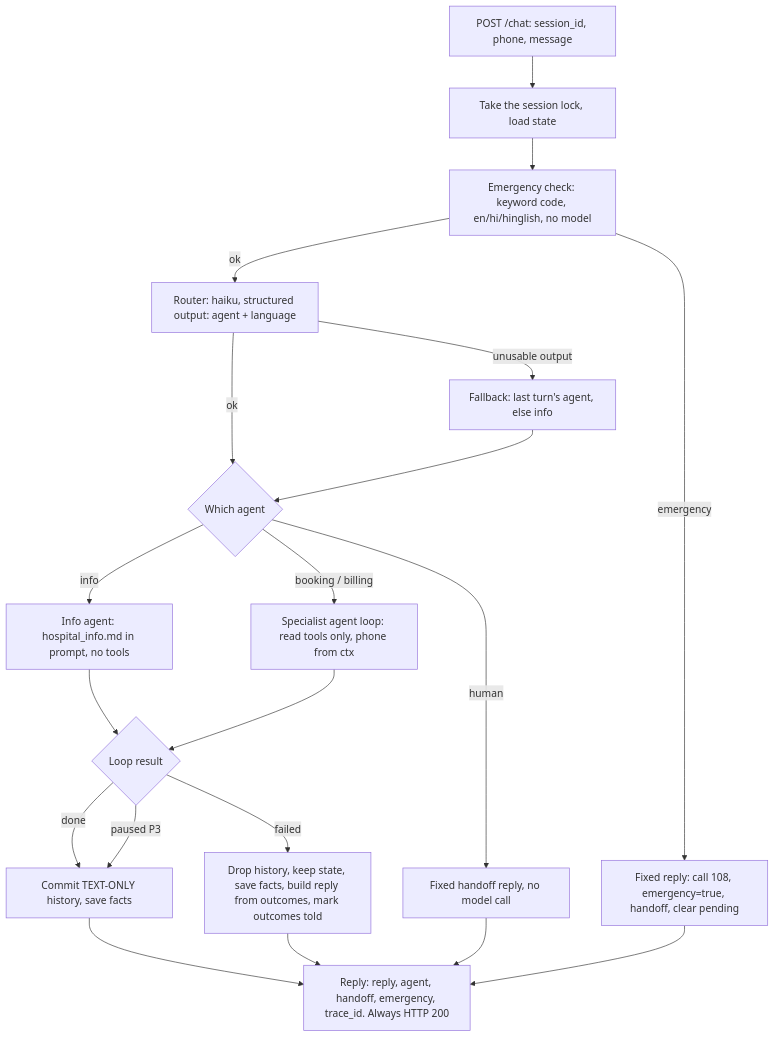
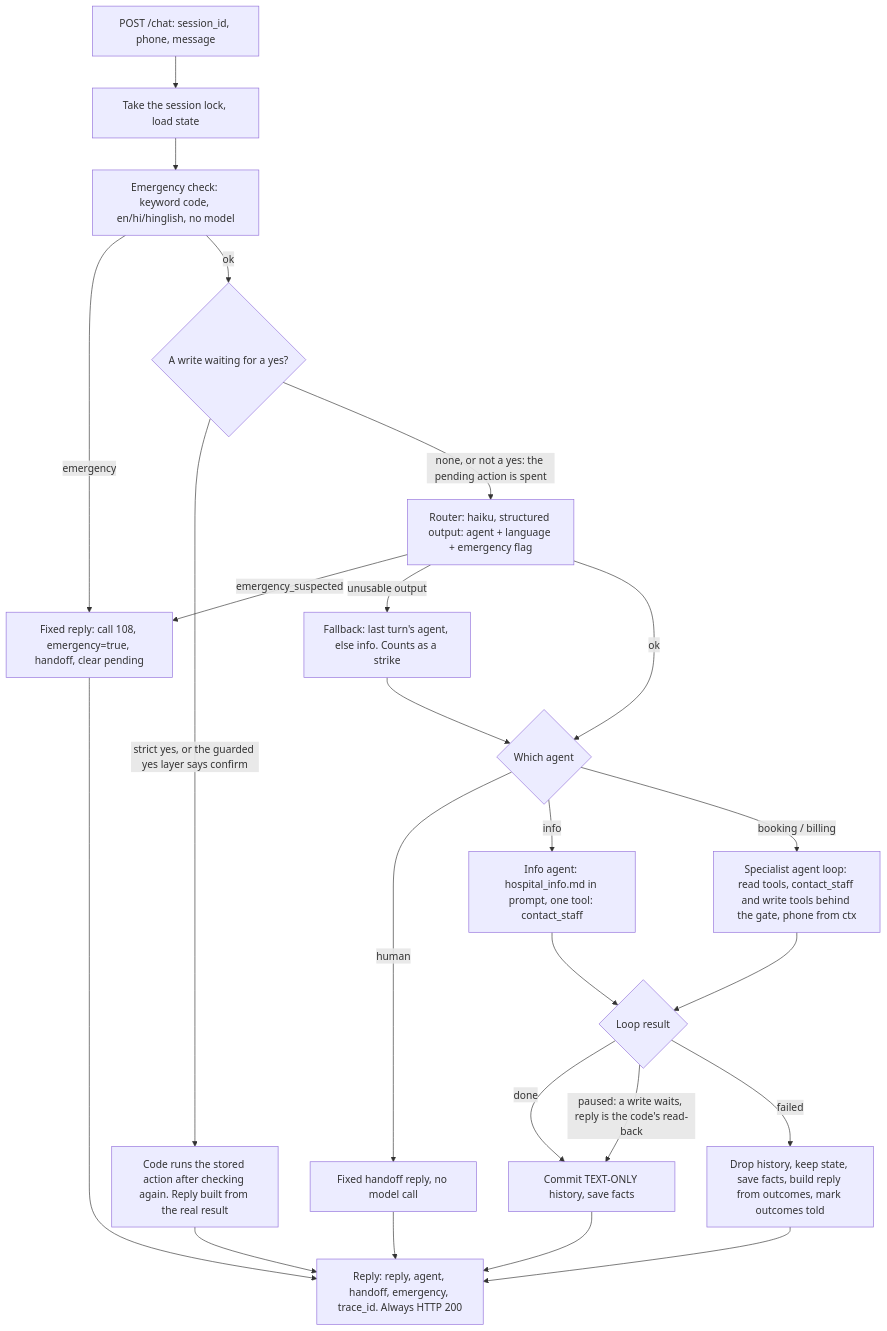
Before and after one commit to Kcodess2807/citycare-agent: the first of 13 diagrams in docs/flow.md, drawn with Mermaid. The commit also changed other lines of this file and 1 other file, not shown here.

Commit message:
Update stale status blocks in the design log and flow doc
The design log's Status block now says the final state: the three
reported chaos runs on 21b4690 (13/14, 14/14, 14/14), the Phase 3 to 4
quiz passed, DESIGN.md and EVALS.md written, where the results are, what
was closed, and what is still open. No numbered entry changed.

flow.md: the status line and the Phase 2 and P2/P3 labels describe what
is built, section 1 shows the pending-yes path, the router flag, the
agents' real tools and the pause, section 8 lists each agent's actual
tools, and section 5 no longer claims a one-write-per-turn hook that does
not exist (the pause is what limits it).

````diff
--- a/docs/flow.md
+++ b/docs/flow.md
@@ -10,22 +11,26 @@
 ```mermaid
 flowchart TD
     A[POST /chat: session_id, phone, message] --> L[Take the session lock, load state]
     L --> E[Emergency check: keyword code, en/hi/hinglish, no model]
     E -- emergency --> X[Fixed reply: call 108, emergency=true, handoff, clear pending]
-    E -- ok --> R[Router: haiku, structured output: agent + language]
-    R -- unusable output --> RF[Fallback: last turn's agent, else info]
+    E -- ok --> P{A write waiting for a yes?}
+    P -- strict yes, or the guarded yes layer says confirm --> CF[Code runs the stored action after checking again. Reply built from the real result]
+    P -- none, or not a yes: the pending action is spent --> R[Router: haiku, structured output: agent + language + emergency flag]
+    R -- emergency_suspected --> X
+    R -- unusable output --> RF[Fallback: last turn's agent, else info. Counts as a strike]
     R -- ok --> S
     RF --> S{Which agent}
     S -- human --> HU[Fixed handoff reply, no model call]
-    S -- info --> AI[Info agent: hospital_info.md in prompt, no tools]
-    S -- booking / billing --> AB[Specialist agent loop: read tools only, phone from ctx]
+    S -- info --> AI[Info agent: hospital_info.md in prompt, one tool: contact_staff]
+    S -- booking / billing --> AB[Specialist agent loop: read tools, contact_staff and write tools behind the gate, phone from ctx]
     AI --> RES
     AB --> RES{Loop result}
     RES -- done --> OK[Commit TEXT-ONLY history, save facts]
-    RES -- paused P3 --> OK
+    RES -- paused: a write waits, reply is the code's read-back --> OK
     RES -- failed --> FL[Drop history, keep state, save facts, build reply from outcomes, mark outcomes told]
     OK --> K[Reply: reply, agent, handoff, emergency, trace_id. Always HTTP 200]
     FL --> K
+    CF --> K
     HU --> K
     X --> K
 ```
````
